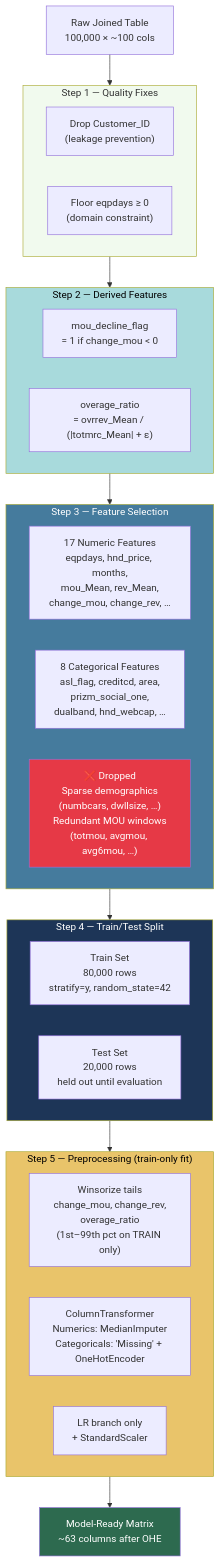
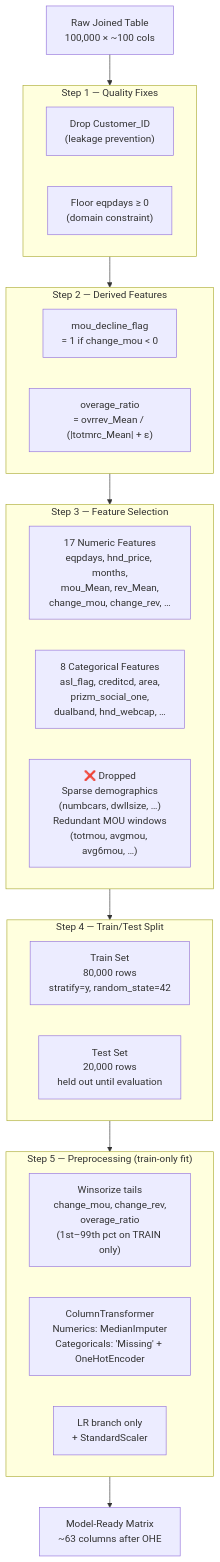
One commit to farout101/data_mining_ucsy changed the diagram in diagrams/02_feature_engineering.md. Above: the diagram before and after it, drawn with Mermaid. The commit also changed 13 other files, not shown here.

````diff
--- a/diagrams/02_feature_engineering.md
+++ b/diagrams/02_feature_engineering.md
@@ -5,48 +5,40 @@
 ```mermaid
 flowchart TD
     A["Raw Joined Table\n100,000 × ~100 cols"]
 
     subgraph CLEAN ["Step 1 — Quality Fixes"]
         B1["Drop Customer_ID\n(leakage prevention)"]
         B2["Floor eqpdays ≥ 0\n(domain constraint)"]
     end
 
     subgraph DERIVE ["Step 2 — Derived Features"]
         C1["mou_decline_flag\n= 1 if change_mou < 0"]
         C2["overage_ratio\n= ovrrev_Mean / (|totmrc_Mean| + ε)"]
     end
 
     subgraph SELECT ["Step 3 — Feature Selection"]
         D1["17 Numeric Features\neqpdays, hnd_price, months,\nmou_Mean, rev_Mean,\nchange_mou, change_rev, …"]
         D2["8 Categorical Features\nasl_flag, creditcd, area,\nprizm_social_one,\ndualband, hnd_webcap, …"]
         D3["❌ Dropped\nSparse demographics\n(numbcars, dwllsize, …)\nRedundant MOU windows\n(totmou, avgmou, avg6mou, …)"]
     end
 
     subgraph SPLIT ["Step 4 — Train/Test Split"]
         E1["Train Set\n80,000 rows\nstratify=y, random_state=42"]
         E2["Test Set\n20,000 rows\nheld out until evaluation"]
     end
 
     subgraph PREP ["Step 5 — Preprocessing (train-only fit)"]
         F1["Winsorize tails\nchange_mou, change_rev,\noverage_ratio\n(1st–99th pct on TRAIN only)"]
         F2["ColumnTransformer\nNumerics: MedianImputer\nCategoricals: 'Missing' + OneHotEncoder"]
         F3["LR branch only\n+ StandardScaler"]
     end
 
     G["Model-Ready Matrix\n~63 columns after OHE"]
 
     A --> CLEAN
     CLEAN --> DERIVE
     DERIVE --> SELECT
     SELECT --> SPLIT
     SPLIT --> PREP
     PREP --> G
-
-    style D3 fill:#e63946,color:#fff
-    style G fill:#2d6a4f,color:#fff
-    style CLEAN fill:#f1faee
-    style DERIVE fill:#a8dadc,color:#000
-    style SELECT fill:#457b9d,color:#fff
-    style SPLIT fill:#1d3557,color:#fff
-    style PREP fill:#e9c46a,color:#000
 ```
````
